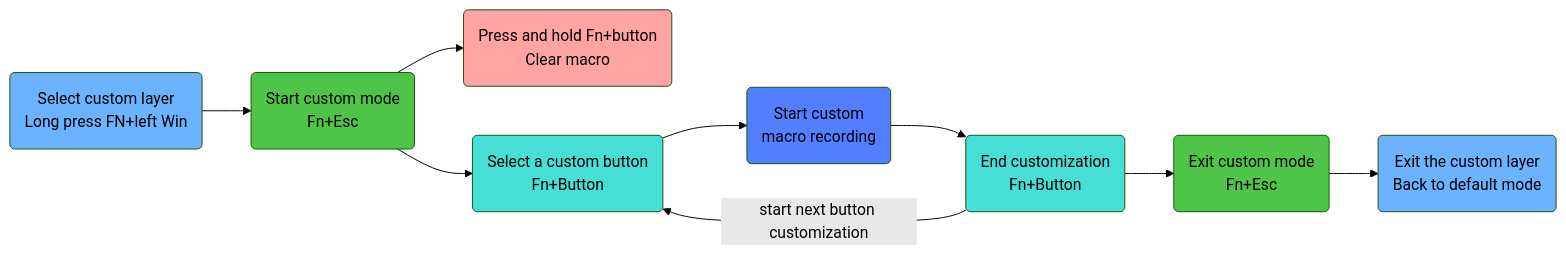
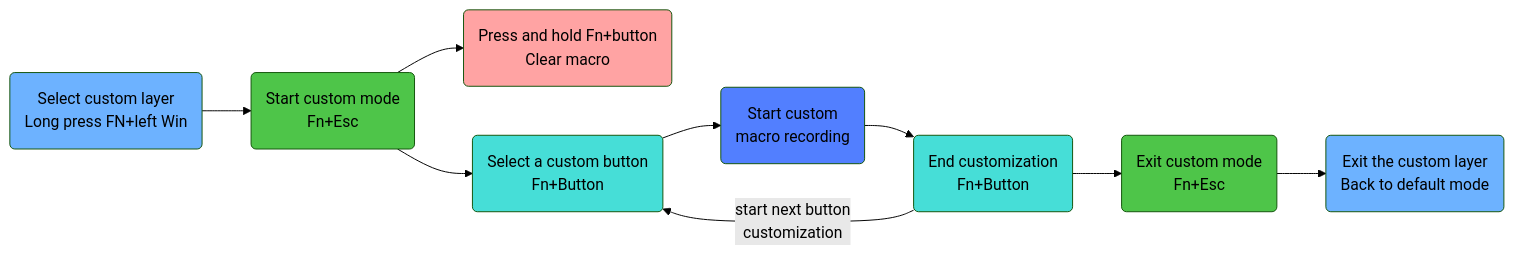
Before and after one commit to ameiji/akko-ducky-help: the diagram in README.md, drawn with Mermaid (forest theme).

Commit message:
Fix formatting of next button customization in README

````diff
--- a/README.md
+++ b/README.md
@@ -27,30 +27,30 @@
 ```mermaid
 graph LR;
 a(Select custom layer<br>Long press FN+left Win);
 b(Start custom mode<br> Fn+Esc);
 c(Press and hold Fn+button<br>Clear macro);
 d(Select a custom button<br>Fn+Button);
 e(Start custom<br>macro recording);
 f(End customization<br>Fn+Button);
 g(Exit custom mode<br>Fn+Esc)
 h(Exit the custom layer<br>Back to default mode);
 
 style a fill:#6db2ff;
 style c fill:#ffa3a3;
 style b fill:#4ec549;
 style d fill:#46ded7;
 style e fill:#527fff;
 style f fill:#46ded7;
 style g fill:#4ec549;
 style h fill:#6db2ff;
 
 a-->b;
 b-->c;
 b-->d;
 d-->e;
 e-->f;
-f--start next button customization-->d;
+f--start next button<br> customization-->d;
 f-->g;
 g-->h;
 
 ```
````
